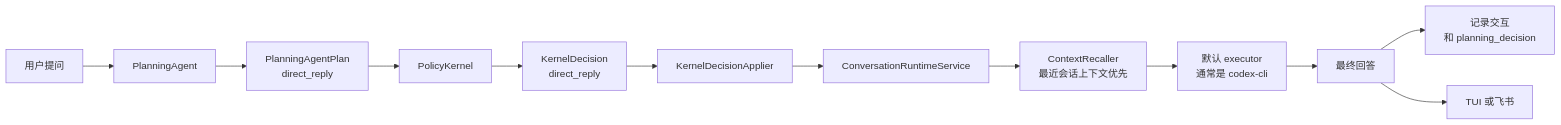
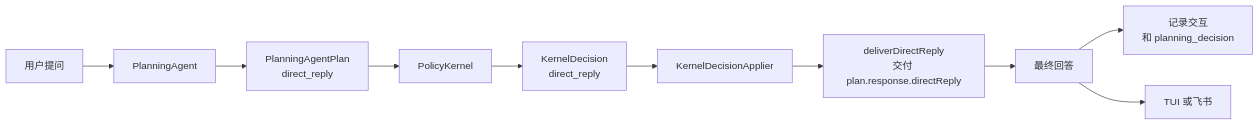
Before and after one commit to IFOSR/metawork: the second of 4 diagrams in docs/current/technical-overview.zh-CN.md, drawn with Mermaid. The commit also changed other lines of this file and 19 other files, not shown here.

First line of the commit message:
feat: deliver planner direct_reply without a second executor call

````diff
--- a/docs/current/technical-overview.zh-CN.md
+++ b/docs/current/technical-overview.zh-CN.md
@@ -77,14 +77,12 @@
 ```mermaid
 flowchart LR
   Input[用户提问] --> Planning[PlanningAgent]
   Planning --> Plan[PlanningAgentPlan<br/>direct_reply]
   Plan --> Kernel[PolicyKernel]
   Kernel --> Decision[KernelDecision<br/>direct_reply]
   Decision --> Runtime[KernelDecisionApplier]
-  Runtime --> Conversation[ConversationRuntimeService]
-  Conversation --> Recall[ContextRecaller<br/>最近会话上下文优先]
-  Recall --> Executor[默认 executor<br/>通常是 codex-cli]
-  Executor --> Answer[最终回答]
+  Runtime --> Deliver[deliverDirectReply<br/>交付 plan.response.directReply]
+  Deliver --> Answer[最终回答]
   Answer --> Persist[记录交互<br/>和 planning_decision]
   Answer --> UI[TUI 或飞书]
 ```
````
